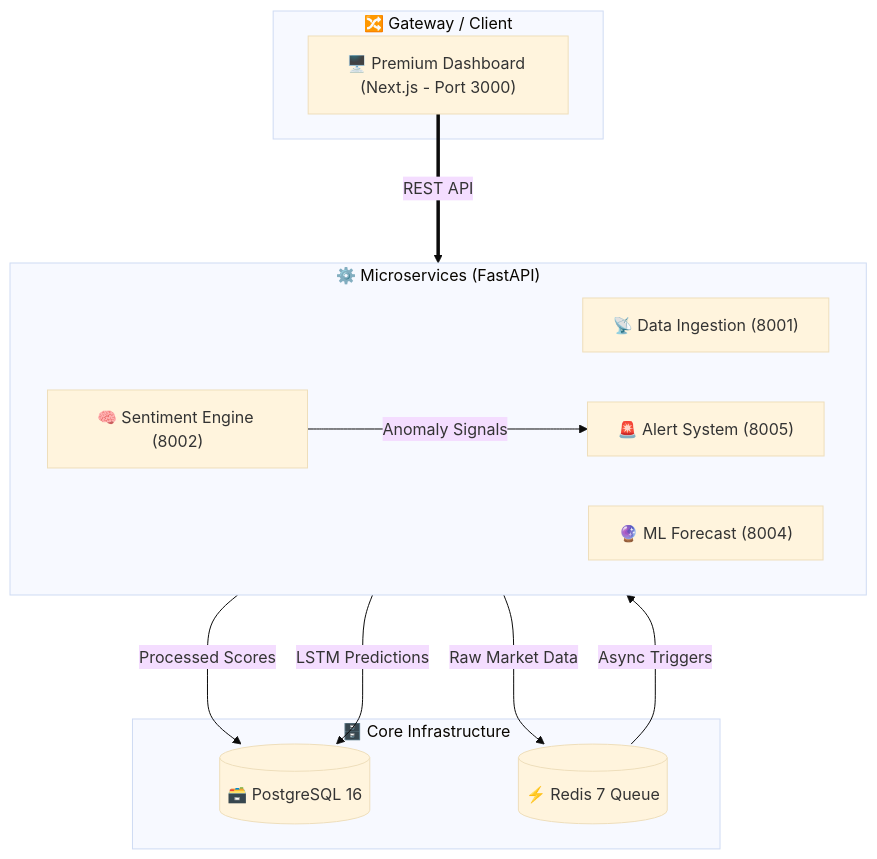
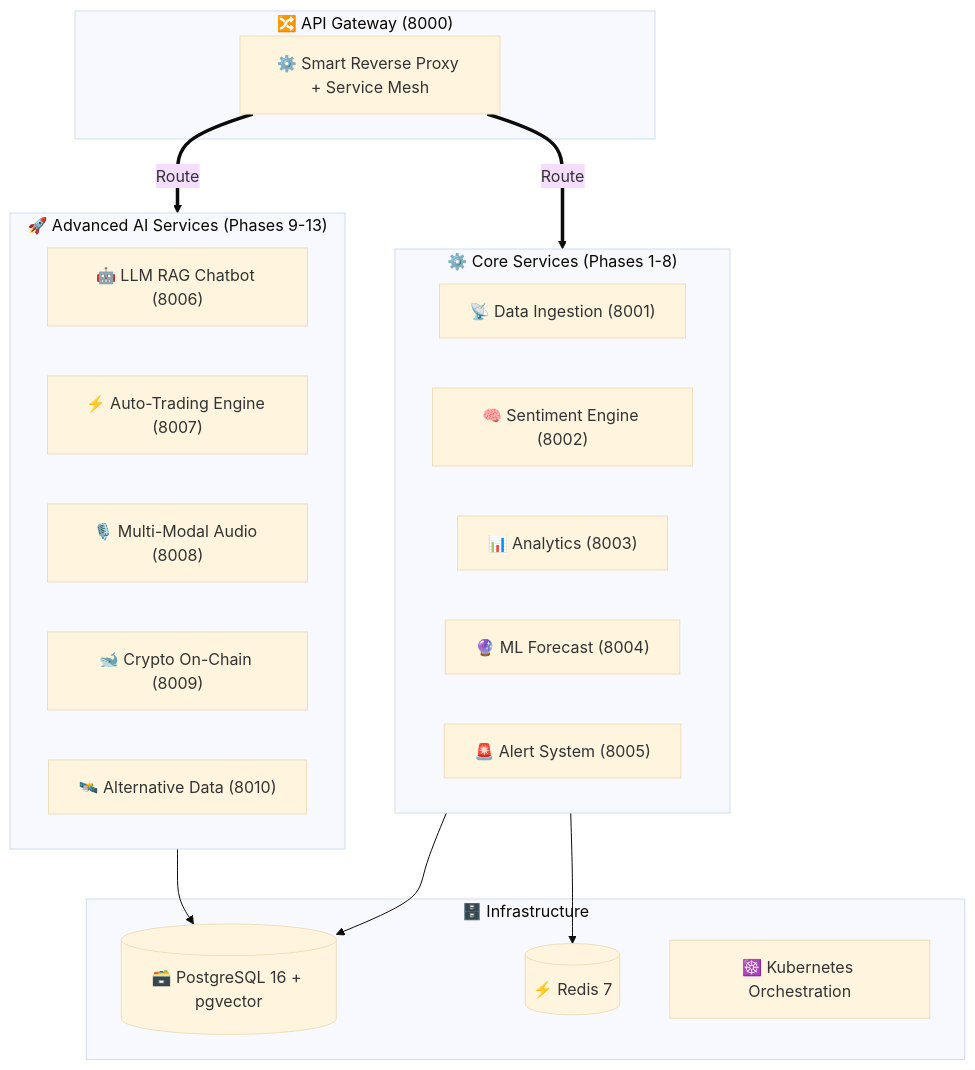
Before and after one commit to indrajitkumar23541-a11y/Indra-MarketMind: the diagram in README.md, drawn with Mermaid (base theme). The commit also changed other lines of this file and 2 other files, not shown here.

Commit message:
feat(global-map): expand radar to 19 world financial exchanges with exact trading hours and live status

````diff
--- a/README.md
+++ b/README.md
@@ -81,26 +81,34 @@
 ```mermaid
 graph TB
-    subgraph GATEWAY["🔀 Gateway / Client"]
-        UI["🖥️ Premium Dashboard (Next.js - Port 3000)"]
+    subgraph GATEWAY["🔀 API Gateway (8000)"]
+        GW["⚙️ Smart Reverse Proxy + Service Mesh"]
     end
 
-    subgraph SERVICES["⚙️ Microservices (FastAPI)"]
-        direction LR
+    subgraph CORE["⚙️ Core Services (Phases 1-8)"]
         S1["📡 Data Ingestion (8001)"]
         S2["🧠 Sentiment Engine (8002)"]
-        S3["🔮 ML Forecast (8004)"]
-        S4["🚨 Alert System (8005)"]
+        S3["📊 Analytics (8003)"]
+        S4["🔮 ML Forecast (8004)"]
+        S5["🚨 Alert System (8005)"]
     end
 
-    subgraph INFRA["🗄️ Core Infrastructure"]
-        DB[("🗃️ PostgreSQL 16")]
-        CACHE[("⚡ Redis 7 Queue")]
+    subgraph ADVANCED["🚀 Advanced AI Services (Phases 9-13)"]
+        S6["🤖 LLM RAG Chatbot (8006)"]
+        S7["⚡ Auto-Trading Engine (8007)"]
+        S8["🎙️ Multi-Modal Audio (8008)"]
+        S9["🐋 Crypto On-Chain (8009)"]
+        S10["🛰️ Alternative Data (8010)"]
     end
 
-    UI ===>|REST API| SERVICES
-    S1 --->|"Raw Market Data"| CACHE
-    CACHE --->|"Async Triggers"| S2
-    S2 --->|"Processed Scores"| DB
-    S2 --->|"Anomaly Signals"| S4
-    S3 --->|"LSTM Predictions"| DB
+    subgraph INFRA["🗄️ Infrastructure"]
+        DB[("🗃️ PostgreSQL 16 + pgvector")]
+        CACHE[("⚡ Redis 7")]
+        K8S["☸️ Kubernetes Orchestration"]
+    end
+
+    GW ==>|Route| CORE
+    GW ==>|Route| ADVANCED
+    CORE --> DB
+    CORE --> CACHE
+    ADVANCED --> DB
 ```
````
